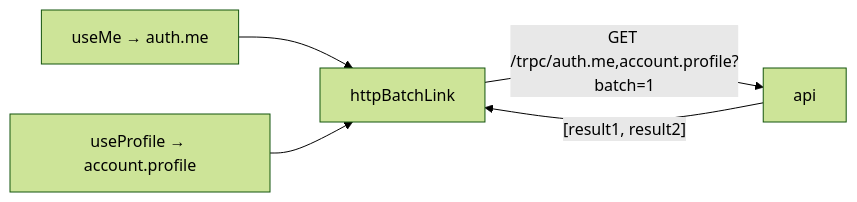
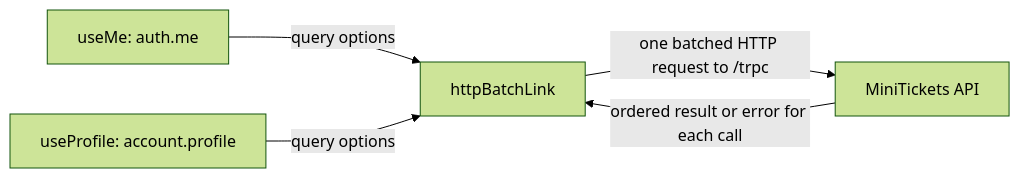
Before and after one commit to maheshnd/minitickets: the diagram in docs/handbook/concepts/trpc-client.md, drawn with Mermaid (forest theme). The commit also changed other lines of this file and 119 other files, not shown here.

````diff
--- a/docs/handbook/concepts/trpc-client.md
+++ b/docs/handbook/concepts/trpc-client.md
@@ -19,7 +18,7 @@
 ```mermaid
 flowchart LR
-    me["useMe → auth.me"] --> link["httpBatchLink"]
-    prof["useProfile → account.profile"] --> link
-    link -->|"GET /trpc/auth.me,account.profile?batch=1"| api["api"]
-    api -->|"[result1, result2]"| link
+identity["useMe: auth.me"] -->|"query options"| batch["httpBatchLink"]
+    profile["useProfile: account.profile"] -->|"query options"| batch
+    batch -->|"one batched HTTP request to /trpc"| api["MiniTickets API"]
+    api -->|"ordered result or error for each call"| batch
 ```
````
